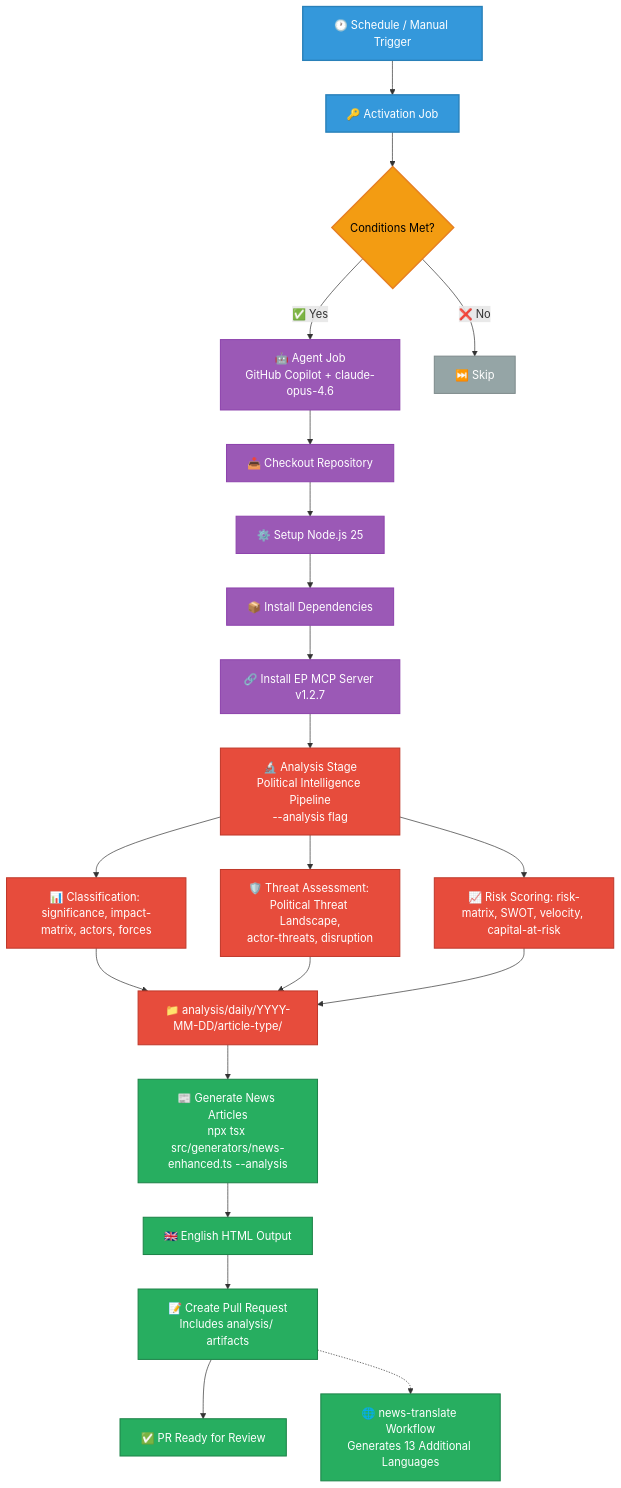
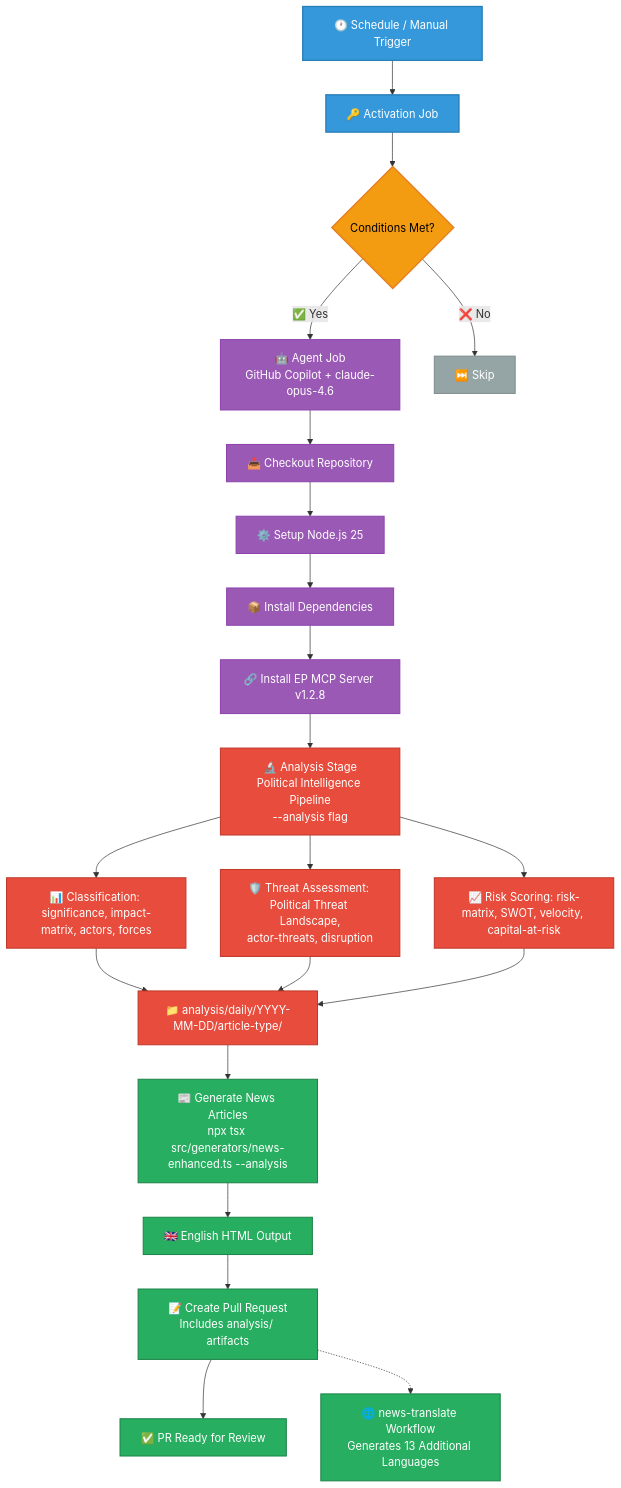
The third of 21 diagrams in WORKFLOWS.md (Hack23/euparliamentmonitor), drawn with Mermaid before and after one commit. The commit also changed other lines of this file and 32 other files, not shown here.

First line of the commit message:
chore: bump EP MCP server 1.2.7→1.2.8, remove unsupported params, fix workflows and docs

````diff
--- a/WORKFLOWS.md
+++ b/WORKFLOWS.md
@@ -246,37 +246,37 @@
 ```mermaid
 graph TD
     A[🕐 Schedule / Manual Trigger] --> B[🔑 Activation Job]
     B --> C{Conditions Met?}
     C -->|✅ Yes| D[🤖 Agent Job<br/>GitHub Copilot + claude-opus-4.6]
     C -->|❌ No| E[⏭️ Skip]
     D --> F[📥 Checkout Repository]
     F --> G[⚙️ Setup Node.js 25]
     G --> H[📦 Install Dependencies]
-    H --> I[🔗 Install EP MCP Server v1.2.7]
+    H --> I[🔗 Install EP MCP Server v1.2.8]
     I --> J1[🔬 Analysis Stage<br/>Political Intelligence Pipeline<br/>--analysis flag]
     J1 --> J1a[📊 Classification: significance, impact-matrix, actors, forces]
     J1 --> J1b[🛡️ Threat Assessment: Political Threat Landscape,<br/>actor-threats, disruption]
     J1 --> J1c[📈 Risk Scoring: risk-matrix, SWOT, velocity, capital-at-risk]
     J1a --> J1d["📁 analysis/daily/YYYY-MM-DD/article-type/"]
     J1b --> J1d
     J1c --> J1d
     J1d --> J[📰 Generate News Articles<br/>npx tsx src/generators/news-enhanced.ts --analysis]
     J --> K[🇬🇧 English HTML Output]
     K --> L[📝 Create Pull Request<br/>Includes analysis/ artifacts]
     L --> M[✅ PR Ready for Review]
     L -.-> N[🌐 news-translate Workflow<br/>Generates 13 Additional Languages]
 
     classDef trigger fill:#3498db,stroke:#2980b9,stroke-width:2px,color:white
     classDef process fill:#9b59b6,stroke:#8e44ad,stroke-width:1.5px,color:white
     classDef decision fill:#f39c12,stroke:#e67e22,stroke-width:2px,color:black
     classDef skip fill:#95a5a6,stroke:#7f8c8d,stroke-width:1.5px,color:white
     classDef analysis fill:#e74c3c,stroke:#c0392b,stroke-width:1.5px,color:white
     classDef output fill:#27ae60,stroke:#1e8449,stroke-width:1.5px,color:white
 
     class A,B trigger
     class D,F,G,H,I process
     class C decision
     class E skip
     class J1,J1a,J1b,J1c,J1d analysis
     class J,K,L,M,N output
 ```
````
